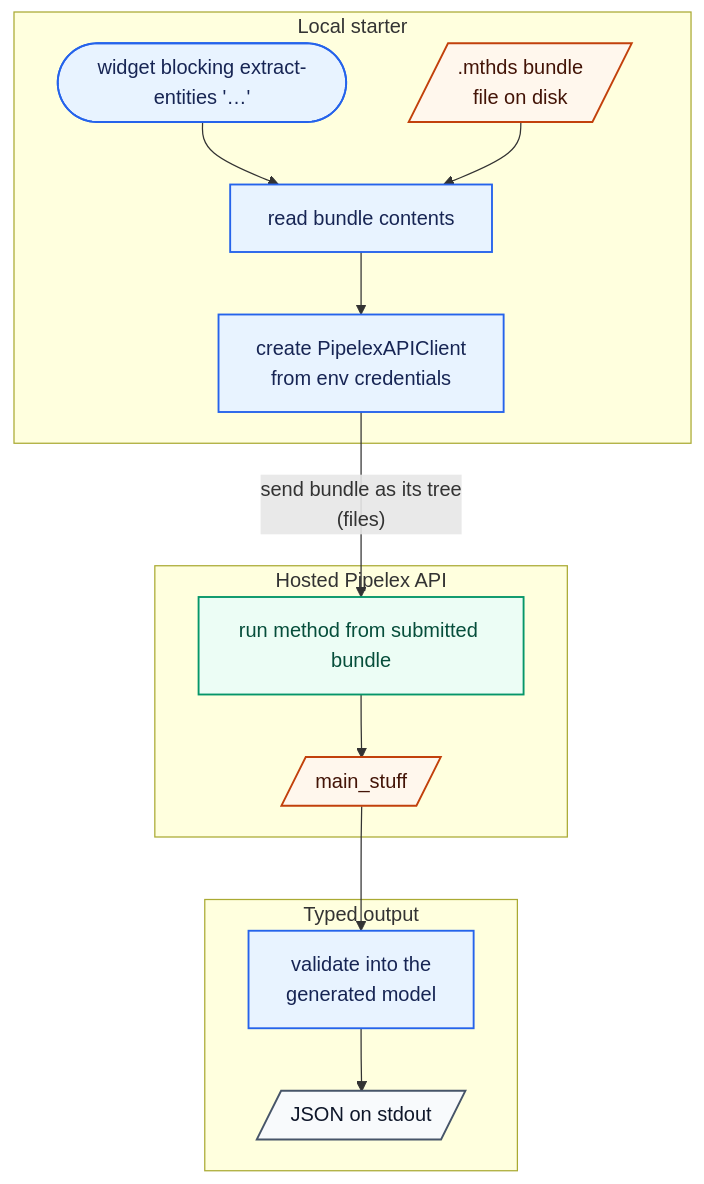
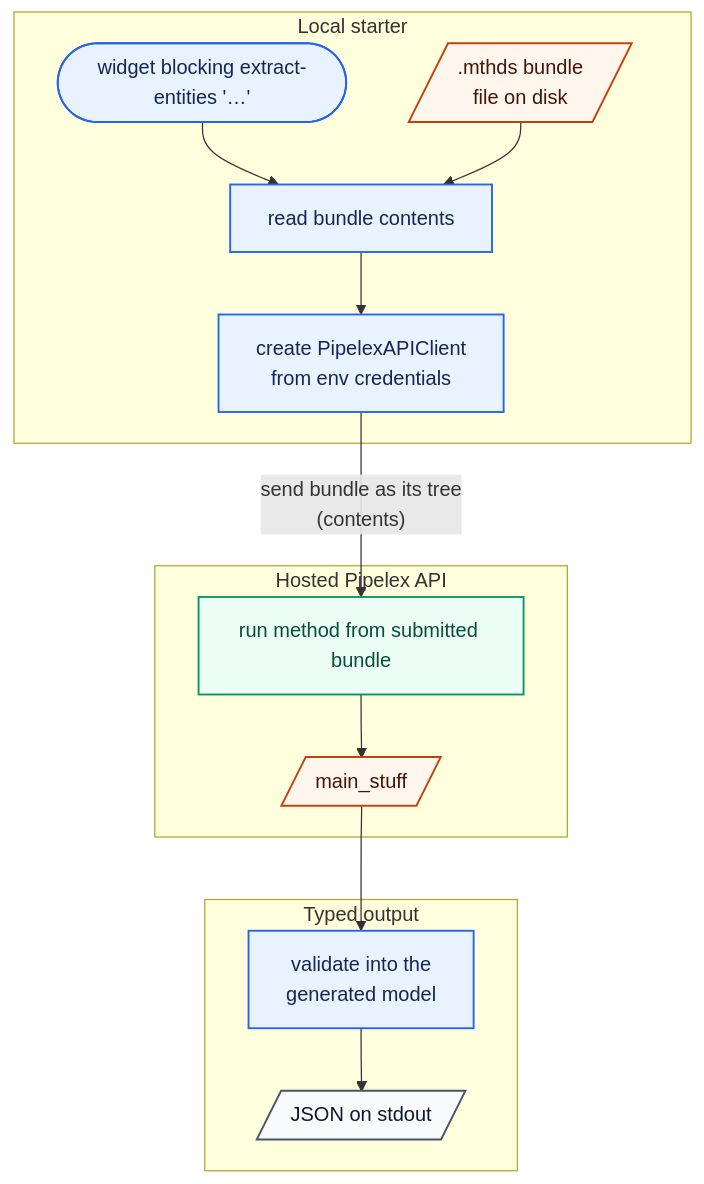
Before and after one commit to Pipelex/pipelex-sdk: the first of 5 diagrams in starter-python/README.md, drawn with Mermaid. The commit also changed other lines of this file and 63 other files, not shown here.

First line of the commit message:
Send the templates' own method trees as contents, not files

````diff
--- a/starter-python/README.md
+++ b/starter-python/README.md
@@ -126,32 +126,32 @@
 ```mermaid
 flowchart TD
     subgraph Local["Local starter"]
         CLI(["widget blocking extract-entities '…'"]):::operation
         Bundle[/" .mthds bundle<br/>file on disk "/]:::data
         Read["read bundle contents"]:::operation
         Client["create PipelexAPIClient<br/>from env credentials"]:::operation
     end
 
     subgraph Hosted["Hosted Pipelex API"]
         Run["run method from submitted bundle"]:::service
         MainStuff[/" main_stuff "/]:::data
     end
 
     subgraph Output["Typed output"]
         Parse["validate into the<br/>generated model"]:::operation
         JSON[/" JSON on stdout "/]:::terminal
     end
 
     CLI --> Read
     Bundle --> Read
     Read --> Client
-    Client -->|"send bundle as its tree<br/>(files)"| Run
+    Client -->|"send bundle as its tree<br/>(contents)"| Run
     Run --> MainStuff
     MainStuff --> Parse
     Parse --> JSON
 
     classDef operation fill:#e8f3ff,stroke:#2563eb,stroke-width:1.5px,color:#172554
     classDef data fill:#fff7ed,stroke:#c2410c,stroke-width:1.5px,color:#431407
     classDef service fill:#ecfdf5,stroke:#059669,stroke-width:1.5px,color:#064e3b
     classDef terminal fill:#f8fafc,stroke:#475569,stroke-width:1.5px,color:#0f172a
 ```
````
